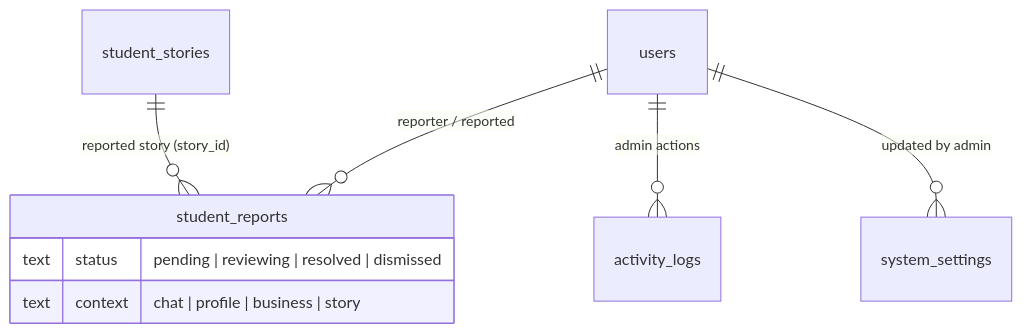
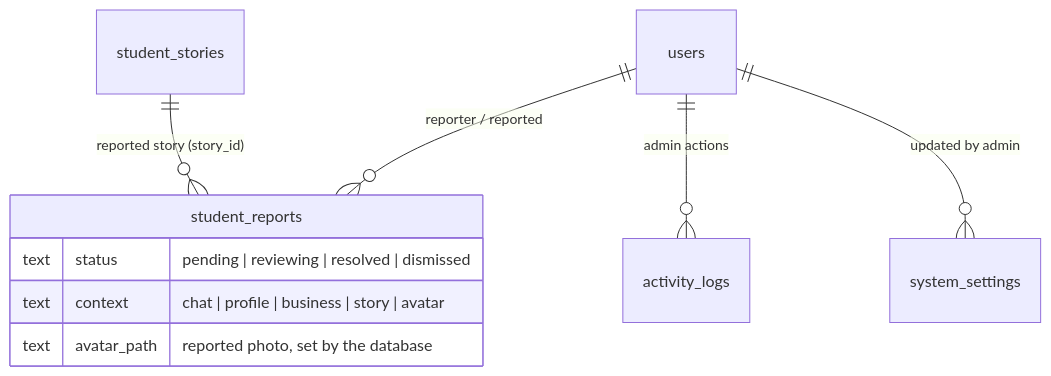
Before and after one commit to tangaza360-max/unipicks: the fifth of 5 diagrams in docs/architecture/05-data.md, drawn with Mermaid. The commit also changed 11 other files, not shown here.

First line of the commit message:
feat(safety): students can report a profile photo

````diff
--- a/docs/architecture/05-data.md
+++ b/docs/architecture/05-data.md
@@ -106,11 +106,12 @@
 ```mermaid
 erDiagram
   users ||--o{ student_reports : "reporter / reported"
   student_stories ||--o{ student_reports : "reported story (story_id)"
   users ||--o{ activity_logs : "admin actions"
   users ||--o{ system_settings : "updated by admin"
   student_reports {
     text status "pending | reviewing | resolved | dismissed"
-    text context "chat | profile | business | story"
+    text context "chat | profile | business | story | avatar"
+    text avatar_path "reported photo, set by the database"
   }
 ```
````
